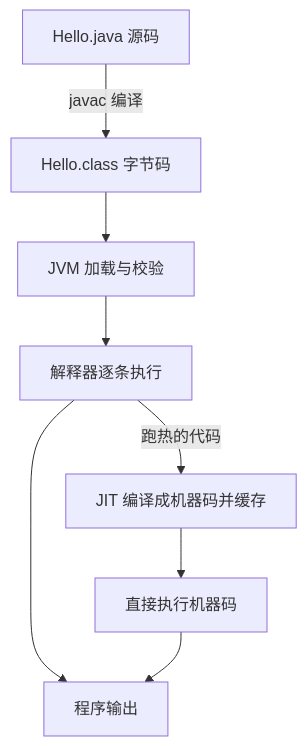
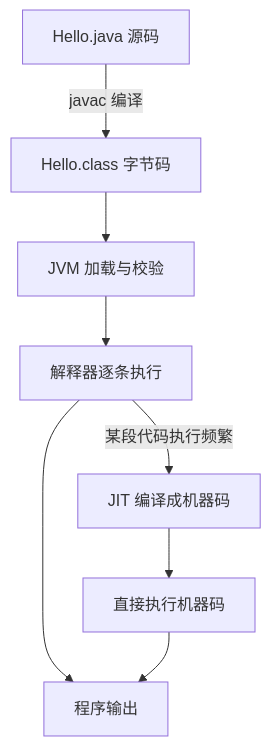
The diagram in src/content/knowledge/java/what-is-java.md (xz333221/liuguang-coding), drawn with Mermaid before and after one commit. The commit also changed other lines of this file and 7 other files, not shown here.

````diff
--- a/src/content/knowledge/java/what-is-java.md
+++ b/src/content/knowledge/java/what-is-java.md
@@ -95,10 +127,10 @@
 ```mermaid
 flowchart TD
   S[Hello.java 源码] -->|javac 编译| B[Hello.class 字节码]
   B --> V[JVM 加载与校验]
   V --> I[解释器逐条执行]
-  I -->|跑热的代码| J[JIT 编译成机器码并缓存]
+  I -->|某段代码执行频繁| J[JIT 编译成机器码]
   J --> M[直接执行机器码]
   I --> O[程序输出]
   M --> O
 ```
````
